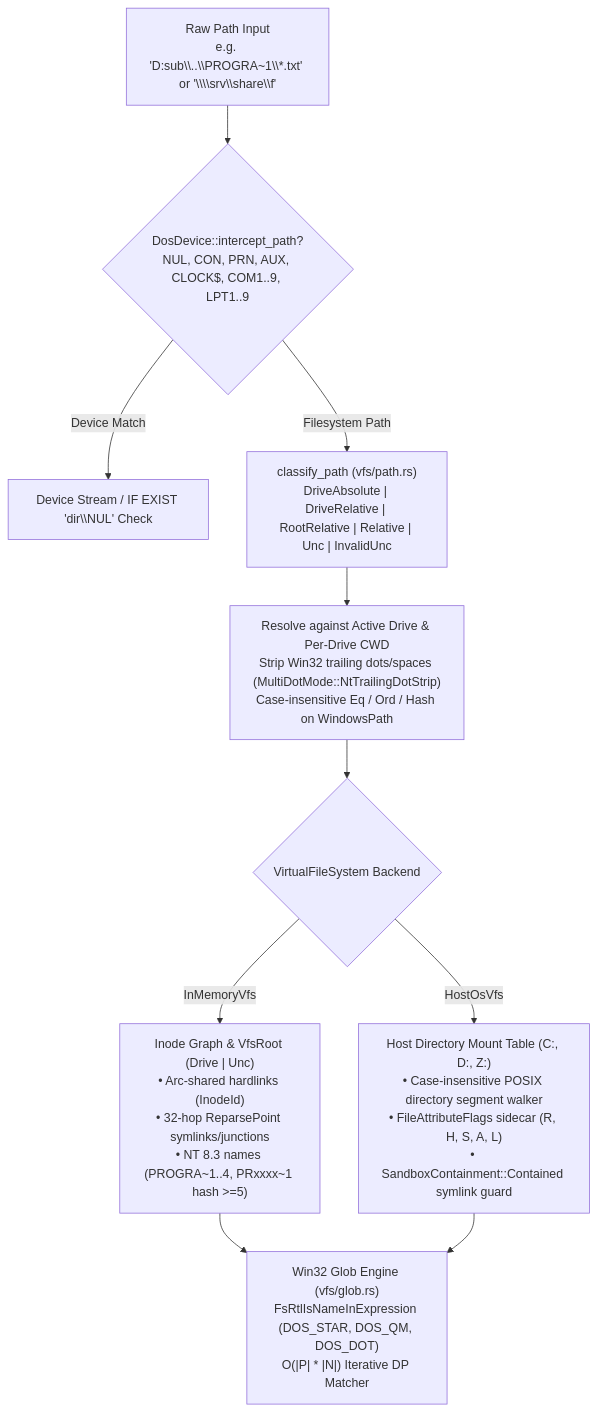
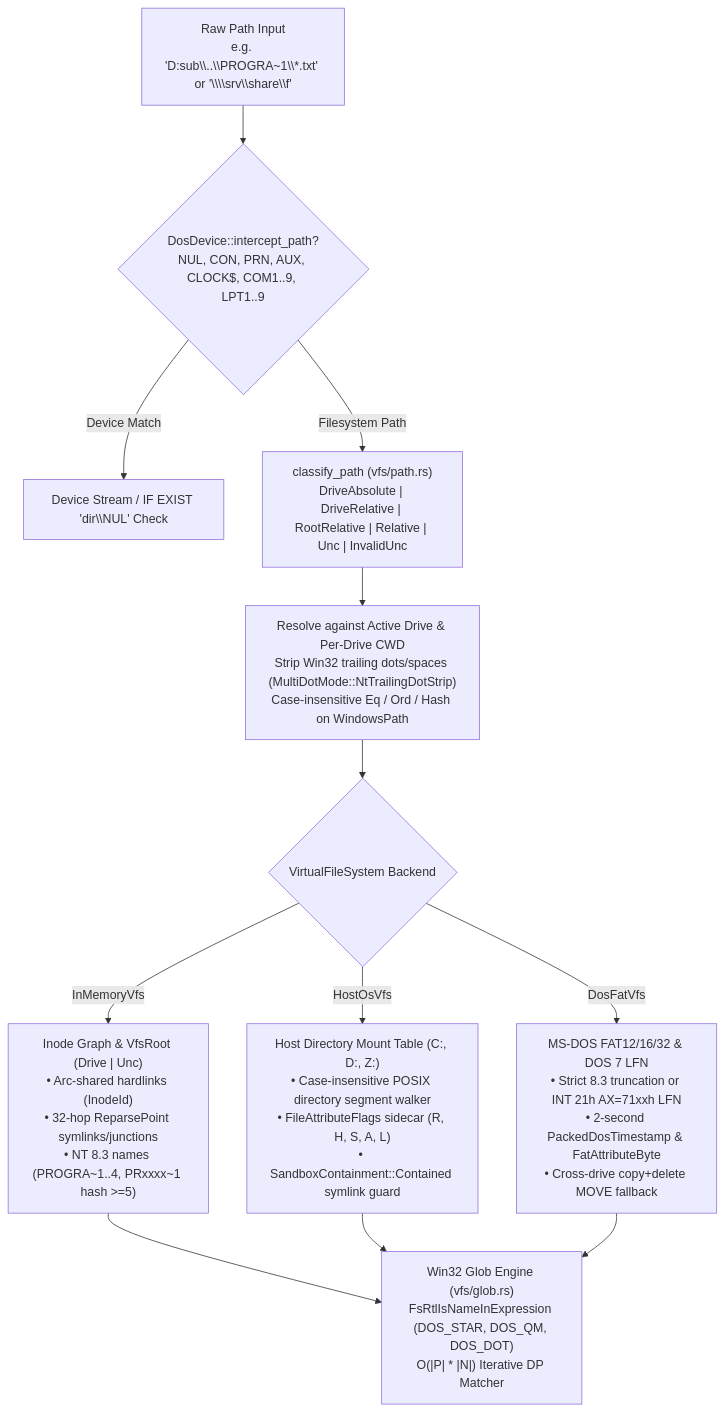
One commit to SamuelMarks/win-cmd-rs changed the tenth of 15 diagrams in ARCHITECTURE.md. Above: the diagram before and after it, drawn with Mermaid. The commit also changed other lines of this file and 89 other files, not shown here.

````diff
--- a/ARCHITECTURE.md
+++ b/ARCHITECTURE.md
@@ -437,14 +445,16 @@
 ```mermaid
 flowchart TD
     RAW_P["Raw Path Input<br/>e.g. 'D:sub\\..\\PROGRA~1\\*.txt' or '\\\\srv\\share\\f'"] --> DEV{"DosDevice::intercept_path?<br/>NUL, CON, PRN, AUX, CLOCK$, COM1..9, LPT1..9"}
     DEV -- "Device Match" --> DEV_IO["Device Stream / IF EXIST 'dir\\NUL' Check"]
     DEV -- "Filesystem Path" --> CLASS["classify_path (vfs/path.rs)<br/>DriveAbsolute | DriveRelative | RootRelative | Relative | Unc | InvalidUnc"]
     CLASS --> NORM["Resolve against Active Drive &amp; Per-Drive CWD<br/>Strip Win32 trailing dots/spaces (MultiDotMode::NtTrailingDotStrip)<br/>Case-insensitive Eq / Ord / Hash on WindowsPath"]
     NORM --> BACKEND{"VirtualFileSystem Backend"}
 
     BACKEND -- "InMemoryVfs" --> MEM["Inode Graph &amp; VfsRoot (Drive | Unc)<br/>• Arc-shared hardlinks (InodeId)<br/>• 32-hop ReparsePoint symlinks/junctions<br/>• NT 8.3 names (PROGRA~1..4, PRxxxx~1 hash &gt;=5)"]
     BACKEND -- "HostOsVfs" --> HOST["Host Directory Mount Table (C:, D:, Z:)<br/>• Case-insensitive POSIX directory segment walker<br/>• FileAttributeFlags sidecar (R, H, S, A, L)<br/>• SandboxContainment::Contained symlink guard"]
+    BACKEND -- "DosFatVfs<K: DosKernelApi>" --> DOSFAT["MS-DOS FAT12/16/32 &amp; DOS 7 LFN<br/>• Strict 8.3 truncation or INT 21h AX=71xxh LFN<br/>• 2-second PackedDosTimestamp &amp; FatAttributeByte<br/>• Cross-drive copy+delete MOVE fallback"]
 
     MEM --> GLOB["Win32 Glob Engine (vfs/glob.rs)<br/>FsRtlIsNameInExpression (DOS_STAR, DOS_QM, DOS_DOT)<br/>O(|P| * |N|) Iterative DP Matcher"]
     HOST --> GLOB
+    DOSFAT --> GLOB
 ```
````
